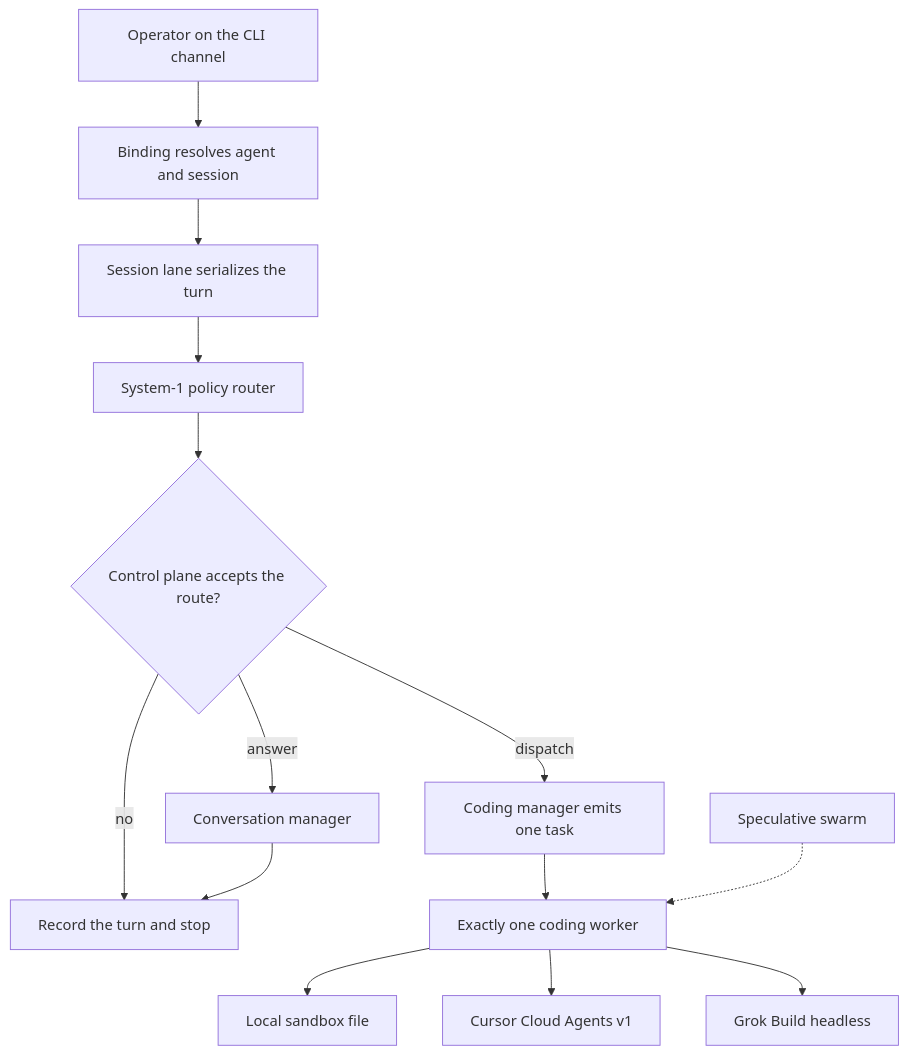
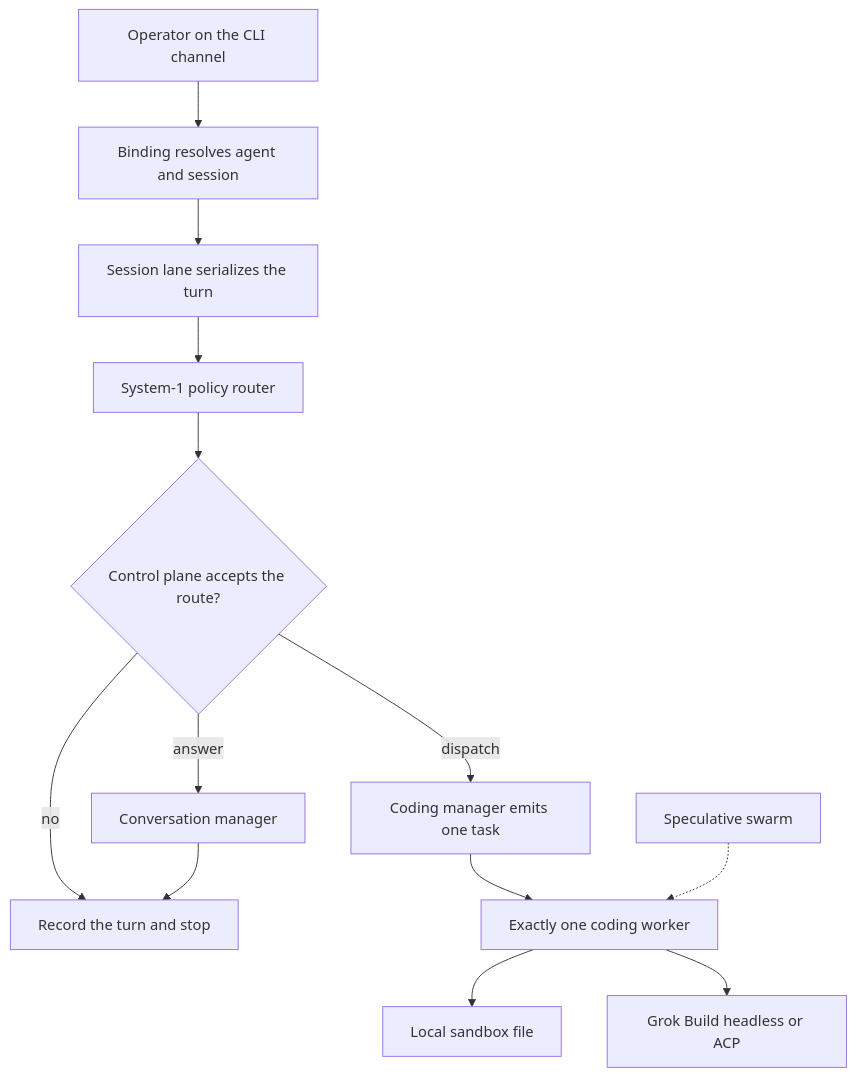
The diagram in ARCHITECTURE.md (bgagandeep/OpenCodingPartner), drawn with Mermaid before and after one commit. The commit also changed other lines of this file and 14 other files, not shown here.

First line of the commit message:
Remove Cursor Cloud from the product worker surface

````diff
--- a/ARCHITECTURE.md
+++ b/ARCHITECTURE.md
@@ -5,16 +5,15 @@
 ```mermaid
 flowchart TD
   operator[Operator on the CLI channel] --> bind[Binding resolves agent and session]
   bind --> lane[Session lane serializes the turn]
   lane --> policy[System-1 policy router]
   policy --> gate{Control plane accepts the route?}
   gate -->|no| stop[Record the turn and stop]
   gate -->|answer| conversation[Conversation manager]
   gate -->|dispatch| coding[Coding manager emits one task]
   conversation --> stop
   coding --> worker[Exactly one coding worker]
   worker --> sandbox[Local sandbox file]
-  worker --> cursor[Cursor Cloud Agents v1]
-  worker --> grok[Grok Build headless]
+  worker --> grok[Grok Build headless or ACP]
   swarm[Speculative swarm] -.-> worker
 ```
````
